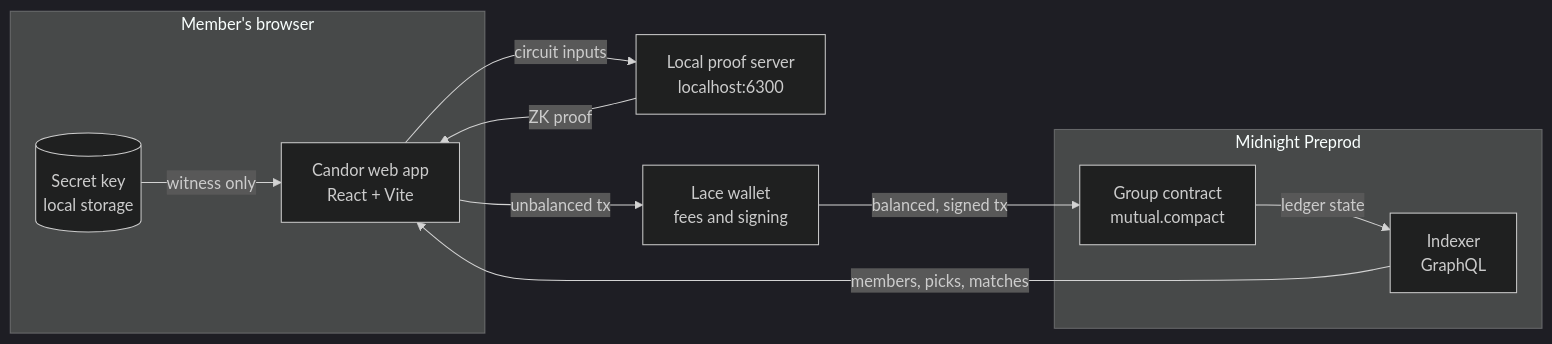
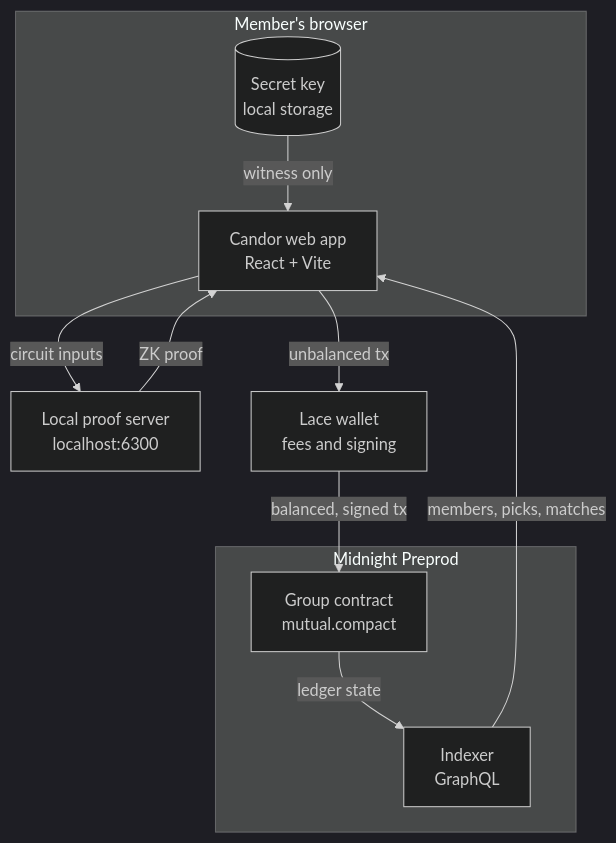
Before and after one commit to ilkerK01/candor-mutual: the diagram in README.md, drawn with Mermaid (dark theme).

Commit message:
Mimari diyagram dikey duzende

````diff
--- a/README.md
+++ b/README.md
@@ -103,21 +103,21 @@
 ```mermaid
-flowchart LR
+flowchart TB
   subgraph Browser["Member's browser"]
     UI["Candor web app<br/>React + Vite"]
     SK[("Secret key<br/>local storage")]
   end
   PS["Local proof server<br/>localhost:6300"]
   Lace["Lace wallet<br/>fees and signing"]
   subgraph Midnight["Midnight Preprod"]
     C["Group contract<br/>mutual.compact"]
     IDX["Indexer<br/>GraphQL"]
   end
 
   SK -- witness only --> UI
   UI -- circuit inputs --> PS
   PS -- ZK proof --> UI
   UI -- unbalanced tx --> Lace
   Lace -- balanced, signed tx --> C
   C -- ledger state --> IDX
   IDX -- members, picks, matches --> UI
 ```
````
